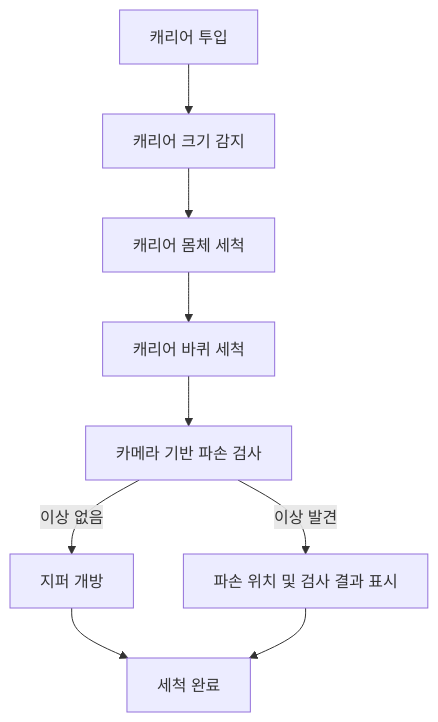
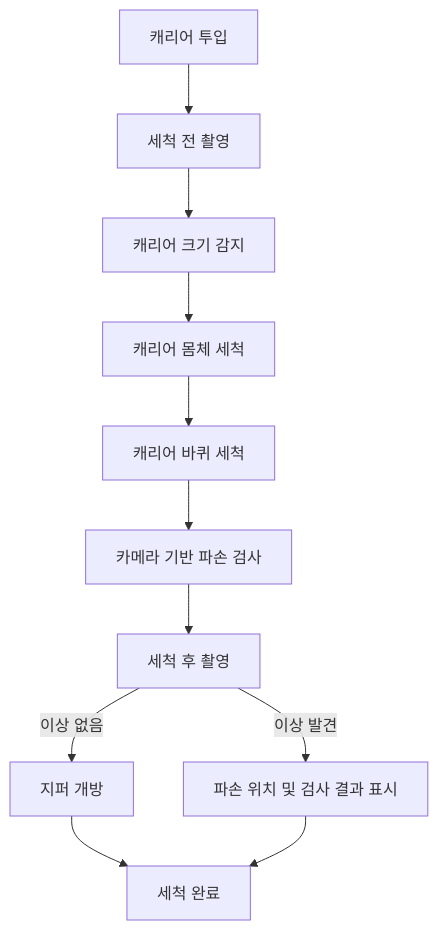
Before and after one commit to oi-RYH/capstone_design: the diagram in README.md, drawn with Mermaid. The commit also changed other lines of this file and 2 other files, not shown here.

````diff
--- a/README.md
+++ b/README.md
@@ -24,11 +53,13 @@
 ```mermaid
 flowchart TD
-    A[캐리어 투입] --> B[캐리어 크기 감지]
+    A[캐리어 투입] --> A1[세척 전 촬영]
+    A1 --> B[캐리어 크기 감지]
     B --> C[캐리어 몸체 세척]
     C --> D[캐리어 바퀴 세척]
     D --> E[카메라 기반 파손 검사]
-    E -->|이상 없음| F[지퍼 개방]
-    E -->|이상 발견| G[파손 위치 및 검사 결과 표시]
+    E --> E1[세척 후 촬영]
+    E1 -->|이상 없음| F[지퍼 개방]
+    E1 -->|이상 발견| G[파손 위치 및 검사 결과 표시]
     F --> H[세척 완료]
     G --> H
 ```
````
